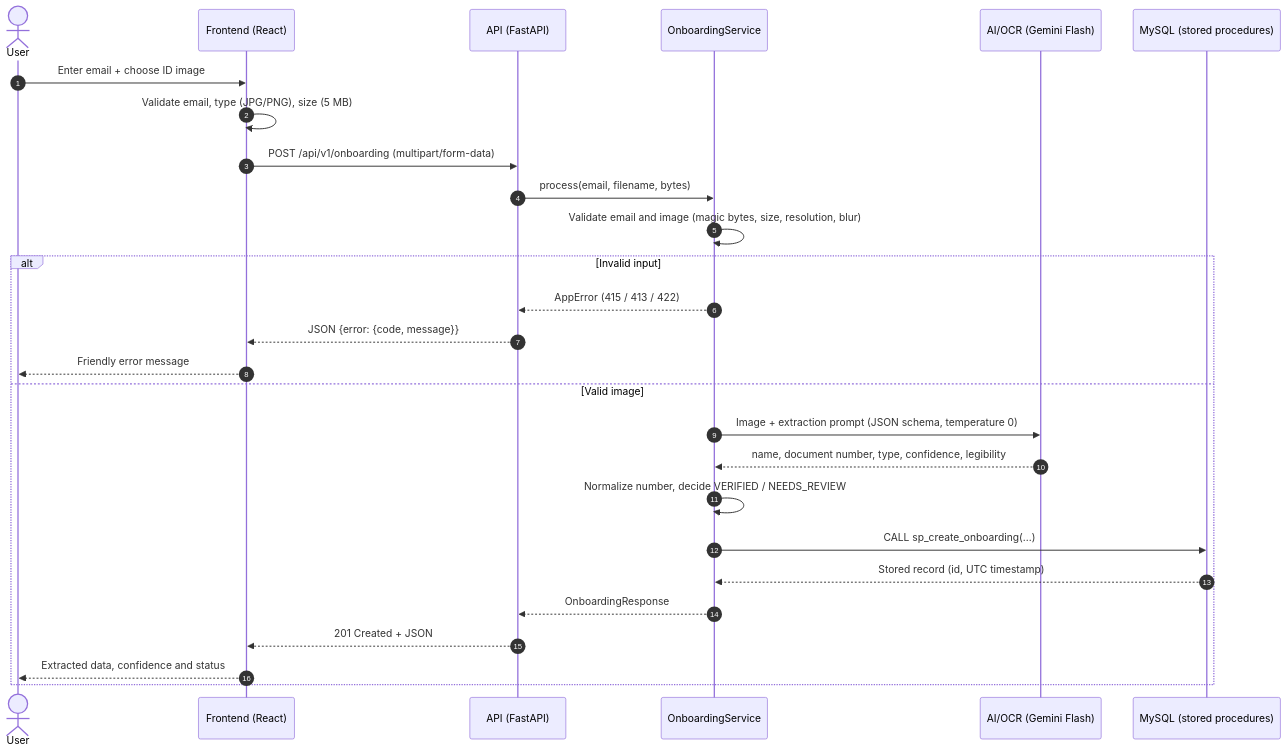
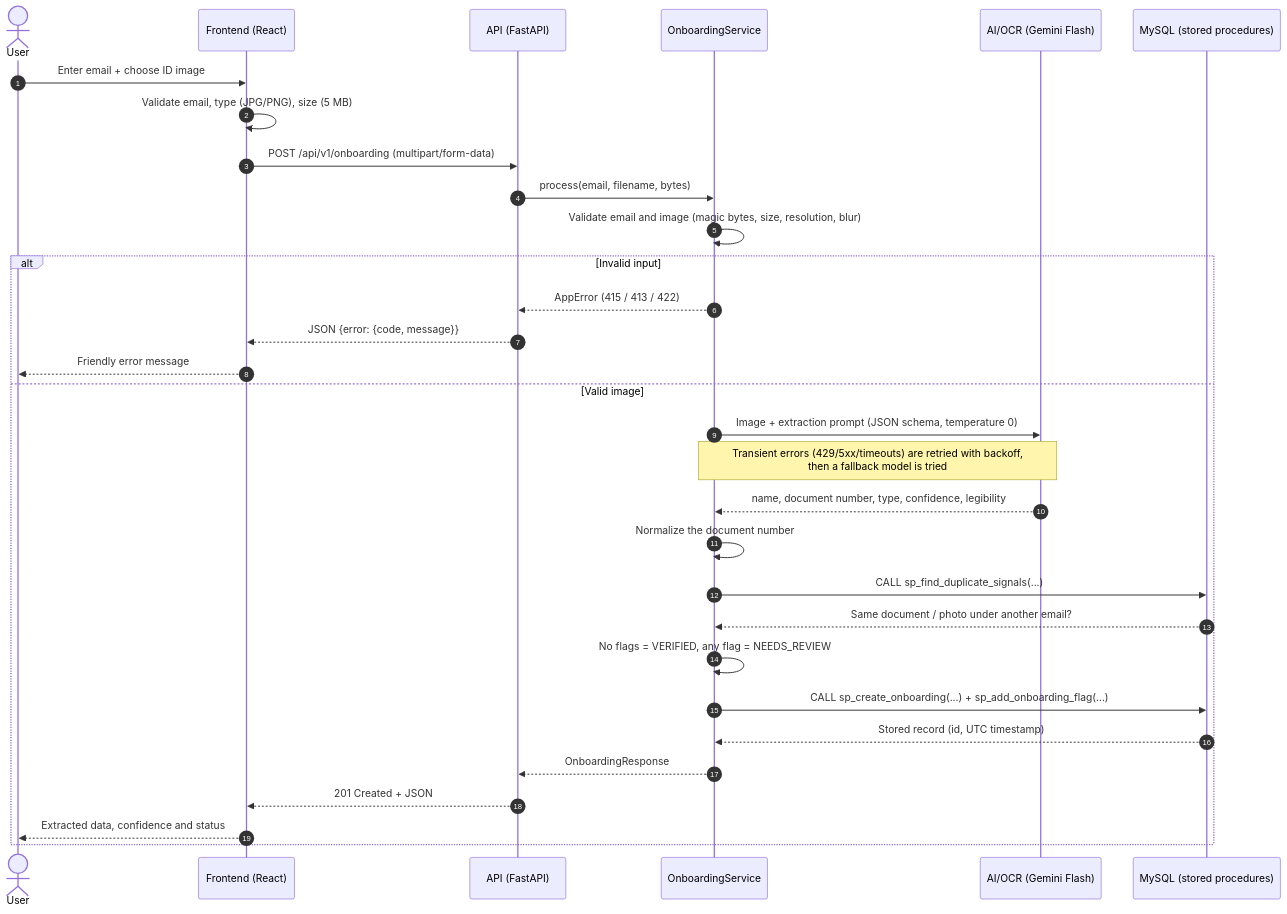
The diagram in docs/diagrams/sequence.mmd (rosalesdev928/mini-kyc), drawn with Mermaid before and after one commit. The commit also changed 58 other files, not shown here.

Commit message:
docs: update README, diagrams, mockup and defense notes

```diff
--- a/docs/diagrams/sequence.mmd
+++ b/docs/diagrams/sequence.mmd
@@ -1,28 +1,32 @@
 sequenceDiagram
     autonumber
     actor U as User
     participant FE as Frontend (React)
     participant API as API (FastAPI)
     participant SVC as OnboardingService
     participant OCR as AI/OCR (Gemini Flash)
     participant DB as MySQL (stored procedures)
 
     U->>FE: Enter email + choose ID image
     FE->>FE: Validate email, type (JPG/PNG), size (5 MB)
     FE->>API: POST /api/v1/onboarding (multipart/form-data)
     API->>SVC: process(email, filename, bytes)
     SVC->>SVC: Validate email and image (magic bytes, size, resolution, blur)
     alt Invalid input
         SVC-->>API: AppError (415 / 413 / 422)
         API-->>FE: JSON {error: {code, message}}
         FE-->>U: Friendly error message
     else Valid image
         SVC->>OCR: Image + extraction prompt (JSON schema, temperature 0)
+        Note over SVC,OCR: Transient errors (429/5xx/timeouts) are retried with backoff,<br/>then a fallback model is tried
         OCR-->>SVC: name, document number, type, confidence, legibility
-        SVC->>SVC: Normalize number, decide VERIFIED / NEEDS_REVIEW
-        SVC->>DB: CALL sp_create_onboarding(...)
+        SVC->>SVC: Normalize the document number
+        SVC->>DB: CALL sp_find_duplicate_signals(...)
+        DB-->>SVC: Same document / photo under another email?
+        SVC->>SVC: No flags = VERIFIED, any flag = NEEDS_REVIEW
+        SVC->>DB: CALL sp_create_onboarding(...) + sp_add_onboarding_flag(...)
         DB-->>SVC: Stored record (id, UTC timestamp)
         SVC-->>API: OnboardingResponse
         API-->>FE: 201 Created + JSON
         FE-->>U: Extracted data, confidence and status
     end
```
